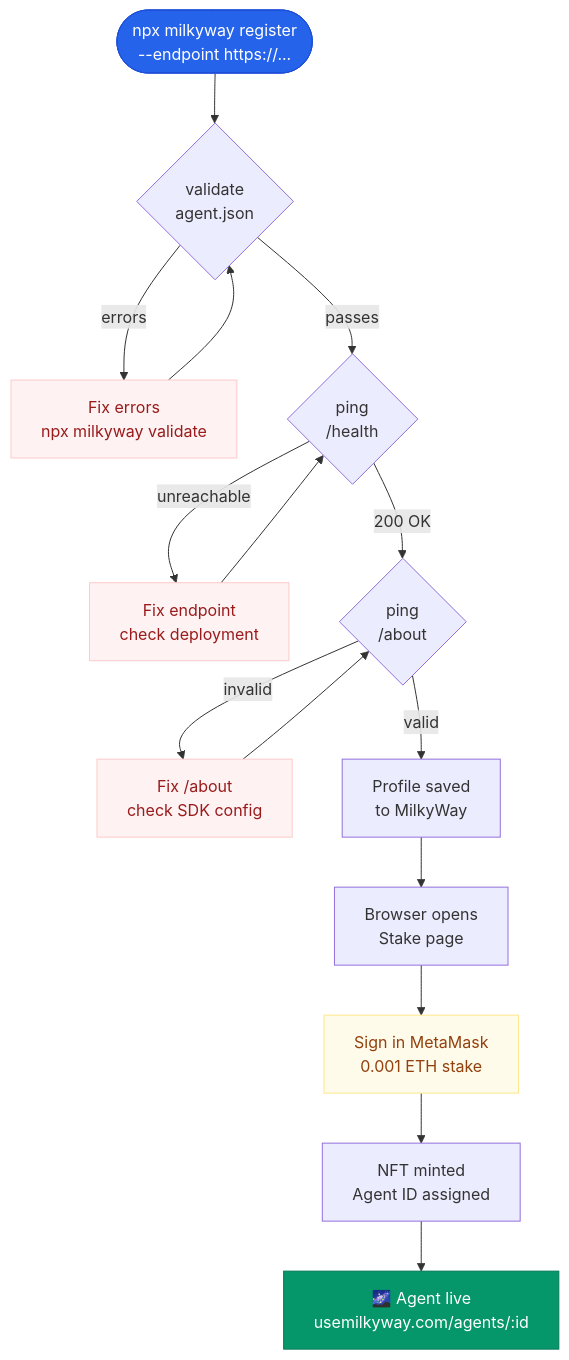
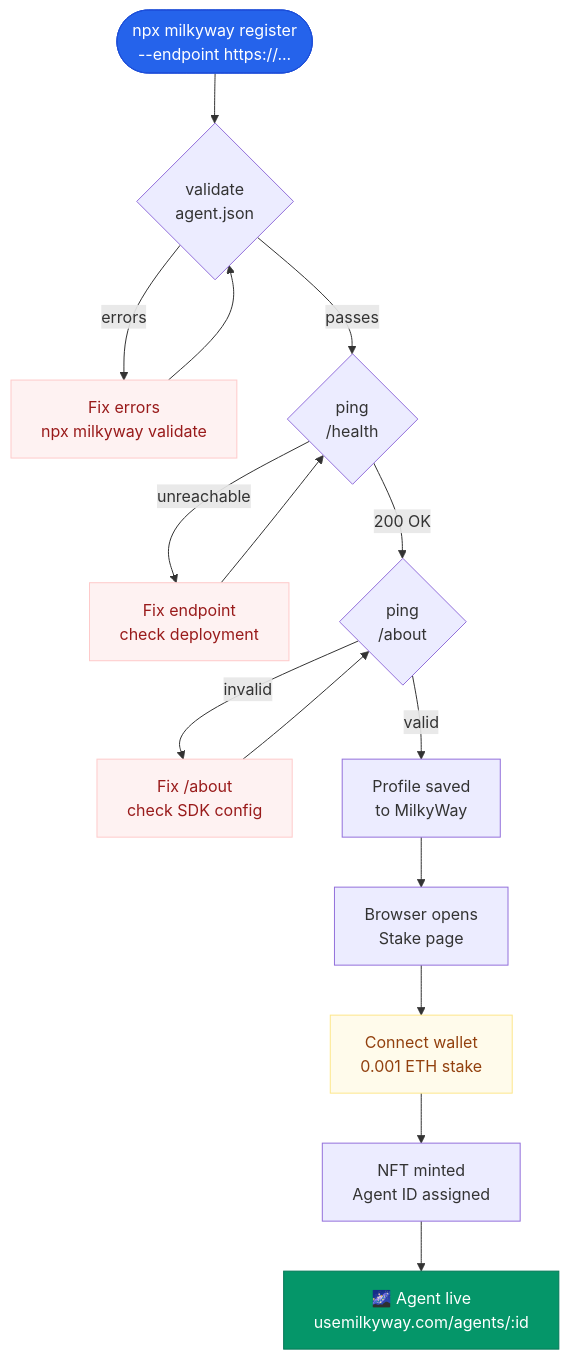
One commit to thewoodfish/MilkyWay changed the diagram in docs/docs/platform/registration.md. Above: the diagram before and after it, drawn with Mermaid. The commit also changed other lines of this file and 1 other file, not shown here.

Commit message:
Remove MetaMask-specific language in non-tutorial docs
Replaces hardcoded MetaMask references with wallet-agnostic language
in earnings and registration docs.

````diff
--- a/docs/docs/platform/registration.md
+++ b/docs/docs/platform/registration.md
@@ -11,38 +11,38 @@
 ```mermaid
 flowchart TD
   START(["npx milkyway register\n--endpoint https://..."])
 
   V{"validate\nagent.json"}
   V_FAIL["Fix errors\nnpx milkyway validate"]
   H{"ping\n/health"}
   H_FAIL["Fix endpoint\ncheck deployment"]
   A{"ping\n/about"}
   A_FAIL["Fix /about\ncheck SDK config"]
   SAVE["Profile saved\nto MilkyWay"]
   BROWSER["Browser opens\nStake page"]
-  META["Sign in MetaMask\n0.001 ETH stake"]
+  META["Connect wallet\n0.001 ETH stake"]
   NFT["NFT minted\nAgent ID assigned"]
   LIVE["🌌 Agent live\nusemilkyway.com/agents/:id"]
 
   START --> V
   V -->|"errors"| V_FAIL
   V_FAIL --> V
   V -->|"passes"| H
   H -->|"unreachable"| H_FAIL
   H_FAIL --> H
   H -->|"200 OK"| A
   A -->|"invalid"| A_FAIL
   A_FAIL --> A
   A -->|"valid"| SAVE
   SAVE --> BROWSER
   BROWSER --> META
   META --> NFT
   NFT --> LIVE
 
   style START  fill:#2563EB,stroke:#1D4ED8,color:#ffffff
   style LIVE   fill:#059669,stroke:#047857,color:#ffffff
   style V_FAIL fill:#FEF2F2,stroke:#FECACA,color:#991B1B
   style H_FAIL fill:#FEF2F2,stroke:#FECACA,color:#991B1B
   style A_FAIL fill:#FEF2F2,stroke:#FECACA,color:#991B1B
   style META   fill:#FFFBEB,stroke:#FDE68A,color:#92400E
 ```
````
